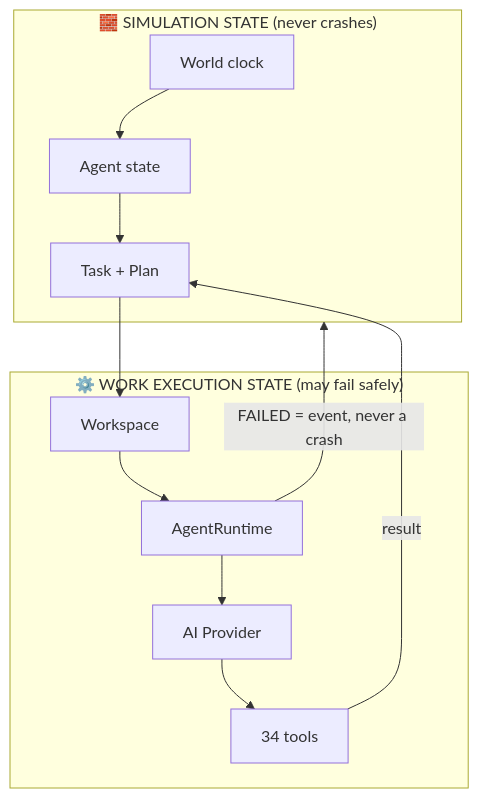
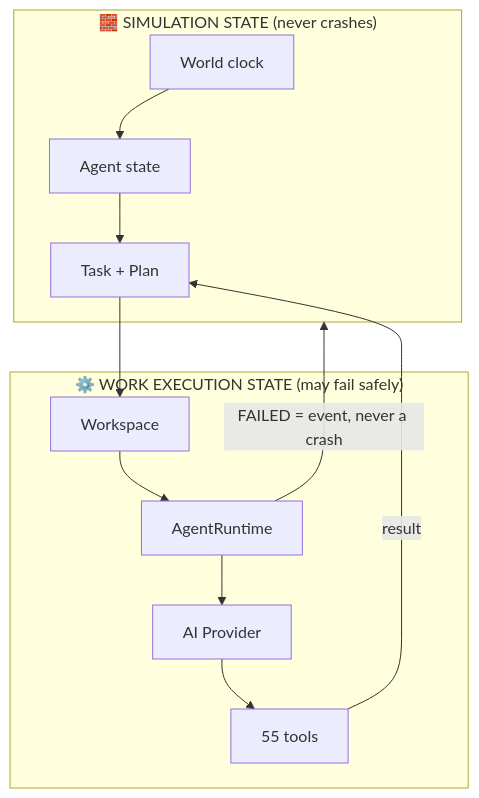
One commit to MOT1209/AgentWorld changed the diagram in README.md. Above: the diagram before and after it, drawn with Mermaid. The commit also changed other lines of this file and 8 other files, not shown here.

````diff
--- a/README.md
+++ b/README.md
@@ -30,17 +32,17 @@
 ```mermaid
 flowchart TB
     subgraph SIM["🧱 SIMULATION STATE (never crashes)"]
         WORLD[World clock]
         AGENT[Agent state]
         TASK[Task + Plan]
     end
     subgraph WORK["⚙️ WORK EXECUTION STATE (may fail safely)"]
         WS[Workspace]
         RUN[AgentRuntime]
         AI[AI Provider]
-        TOOLS[34 tools]
+        TOOLS[55 tools]
     end
     WORLD --> AGENT --> TASK --> WS --> RUN --> AI --> TOOLS
     TOOLS -->|result| TASK
     RUN -->|FAILED = event, never a crash| SIM
 ```
````
